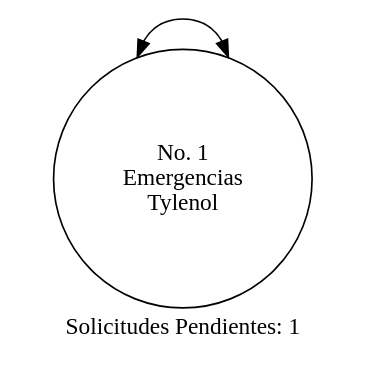
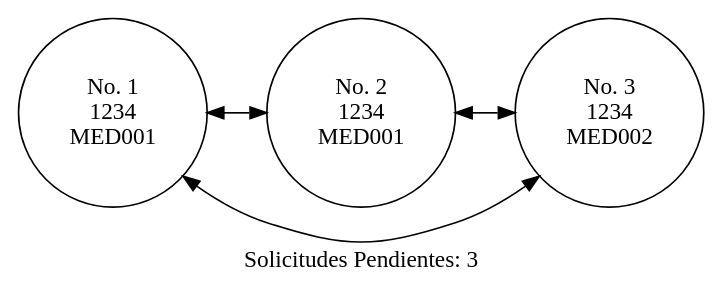
The diagram in Proyecto1/reporte_solicitudes.dot (AndhreGE/EDD_1S2026_PY_202202055), drawn with Graphviz before and after one commit. The commit also changed 11 other files, not shown here.

```diff
--- a/Proyecto1/reporte_solicitudes.dot
+++ b/Proyecto1/reporte_solicitudes.dot
@@ -1,7 +1,11 @@
 digraph G {
   rankdir=LR;
   node [shape=circle];
-  label="Solicitudes Pendientes: 1";
-  sol0 [label="No. 1\nEmergencias\nTylenol"];
-  sol0 -> sol0 [dir=both, constraint=false];
+  label="Solicitudes Pendientes: 3";
+  sol0 [label="No. 1\n1234\nMED001"];
+  sol0 -> sol1 [dir=both];
+  sol1 [label="No. 2\n1234\nMED001"];
+  sol1 -> sol2 [dir=both];
+  sol2 [label="No. 3\n1234\nMED002"];
+  sol2 -> sol0 [dir=both, constraint=false];
 }
```
